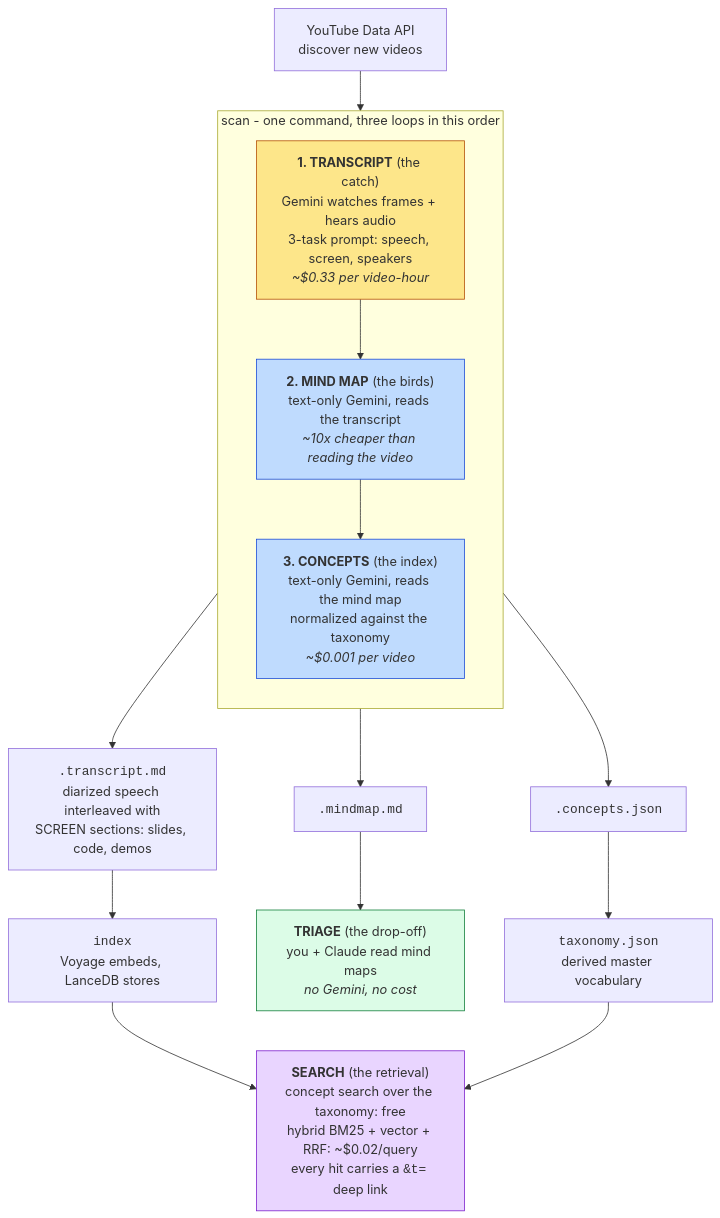
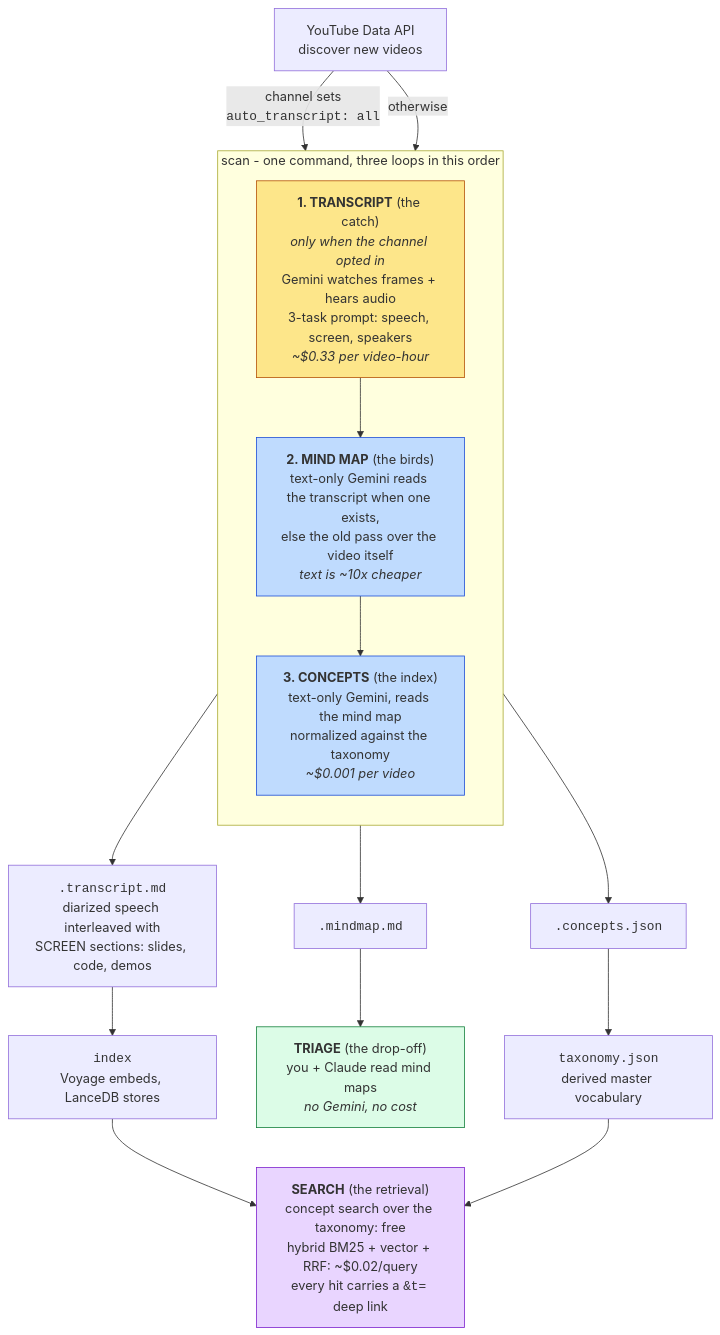
One commit to dzivkovi/video-intel changed the diagram in README.md. Above: the diagram before and after it, drawn with Mermaid. The commit also changed other lines of this file and 5 other files, not shown here.

````diff
--- a/README.md
+++ b/README.md
@@ -31,28 +31,29 @@
 ```mermaid
 flowchart TD
-    Y["YouTube Data API<br/>discover new videos"] --> T
+    Y["YouTube Data API<br/>discover new videos"] -->|"channel sets<br/><code>auto_transcript: all</code>"| T
+    Y -->|"otherwise"| M
 
     subgraph scan["scan - one command, three loops in this order"]
         direction TB
-        T["<b>1. TRANSCRIPT</b> (the catch)<br/>Gemini watches frames + hears audio<br/>3-task prompt: speech, screen, speakers<br/><i>~$0.33 per video-hour</i>"]
-        M["<b>2. MIND MAP</b> (the birds)<br/>text-only Gemini, reads the transcript<br/><i>~10x cheaper than reading the video</i>"]
+        T["<b>1. TRANSCRIPT</b> (the catch)<br/><i>only when the channel opted in</i><br/>Gemini watches frames + hears audio<br/>3-task prompt: speech, screen, speakers<br/><i>~$0.33 per video-hour</i>"]
+        M["<b>2. MIND MAP</b> (the birds)<br/>text-only Gemini reads the transcript when one exists,<br/>else the old pass over the video itself<br/><i>text is ~10x cheaper</i>"]
         C["<b>3. CONCEPTS</b> (the index)<br/>text-only Gemini, reads the mind map<br/>normalized against the taxonomy<br/><i>~$0.001 per video</i>"]
         T --> M --> C
     end
 
     T --> TR["<code>.transcript.md</code><br/>diarized speech interleaved with<br/>SCREEN sections: slides, code, demos"]
     M --> MM["<code>.mindmap.md</code>"]
     C --> CJ["<code>.concepts.json</code>"] --> TX["<code>taxonomy.json</code><br/>derived master vocabulary"]
 
     MM --> TRIAGE["<b>TRIAGE</b> (the drop-off)<br/>you + Claude read mind maps<br/><i>no Gemini, no cost</i>"]
 
     TR --> IDX["<code>index</code><br/>Voyage embeds, LanceDB stores"]
     IDX --> S["<b>SEARCH</b> (the retrieval)<br/>concept search over the taxonomy: free<br/>hybrid BM25 + vector + RRF: ~$0.02/query<br/>every hit carries a <code>&amp;t=</code> deep link"]
     TX --> S
 
     style T fill:#fde68a,stroke:#b45309
     style M fill:#bfdbfe,stroke:#1d4ed8
     style C fill:#bfdbfe,stroke:#1d4ed8
     style TRIAGE fill:#dcfce7,stroke:#15803d
     style S fill:#e9d5ff,stroke:#7e22ce
 ```
````
